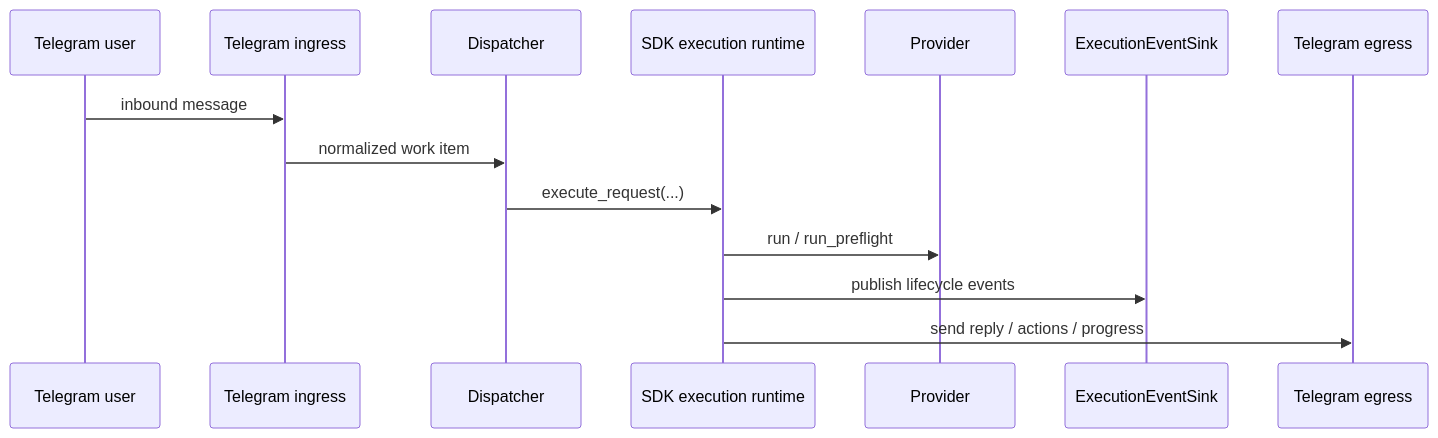
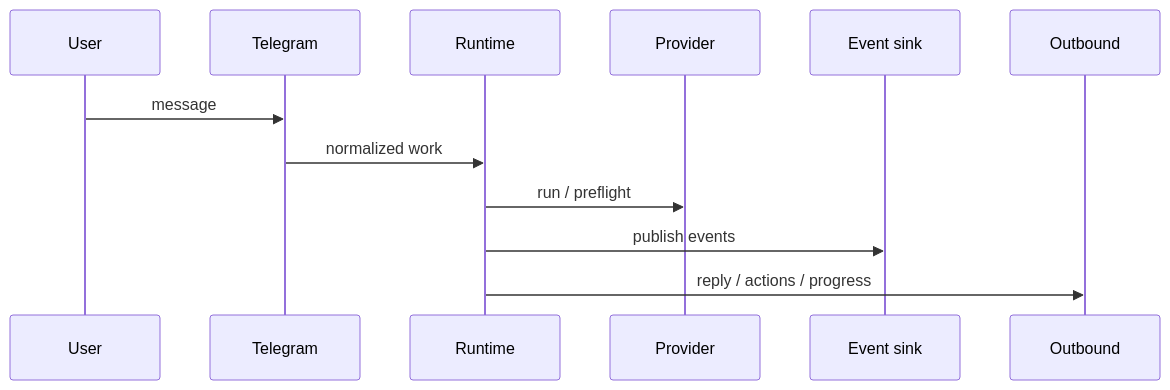
The third of 5 diagrams in ARCHITECTURE.md (privacynow/octopus), drawn with Mermaid before and after one commit. The commit also changed other lines of this file, not shown here.

Commit message:
Update architecture documentation

````diff
--- a/ARCHITECTURE.md
+++ b/ARCHITECTURE.md
@@ -251,17 +318,15 @@
 ```mermaid
 sequenceDiagram
-    participant User as Telegram user
-    participant TG as Telegram ingress
-    participant Disp as Dispatcher
-    participant Exec as SDK execution runtime
-    participant Prov as Provider
-    participant Sink as ExecutionEventSink
-    participant Egr as Telegram egress
+    participant U as User
+    participant T as Telegram
+    participant X as Runtime
+    participant P as Provider
+    participant S as Event sink
+    participant O as Outbound
 
-    User->>TG: inbound message
-    TG->>Disp: normalized work item
-    Disp->>Exec: execute_request(...)
-    Exec->>Prov: run / run_preflight
-    Exec->>Sink: publish lifecycle events
-    Exec->>Egr: send reply / actions / progress
+    U->>T: message
+    T->>X: normalized work
+    X->>P: run / preflight
+    X->>S: publish events
+    X->>O: reply / actions / progress
 ```
````
